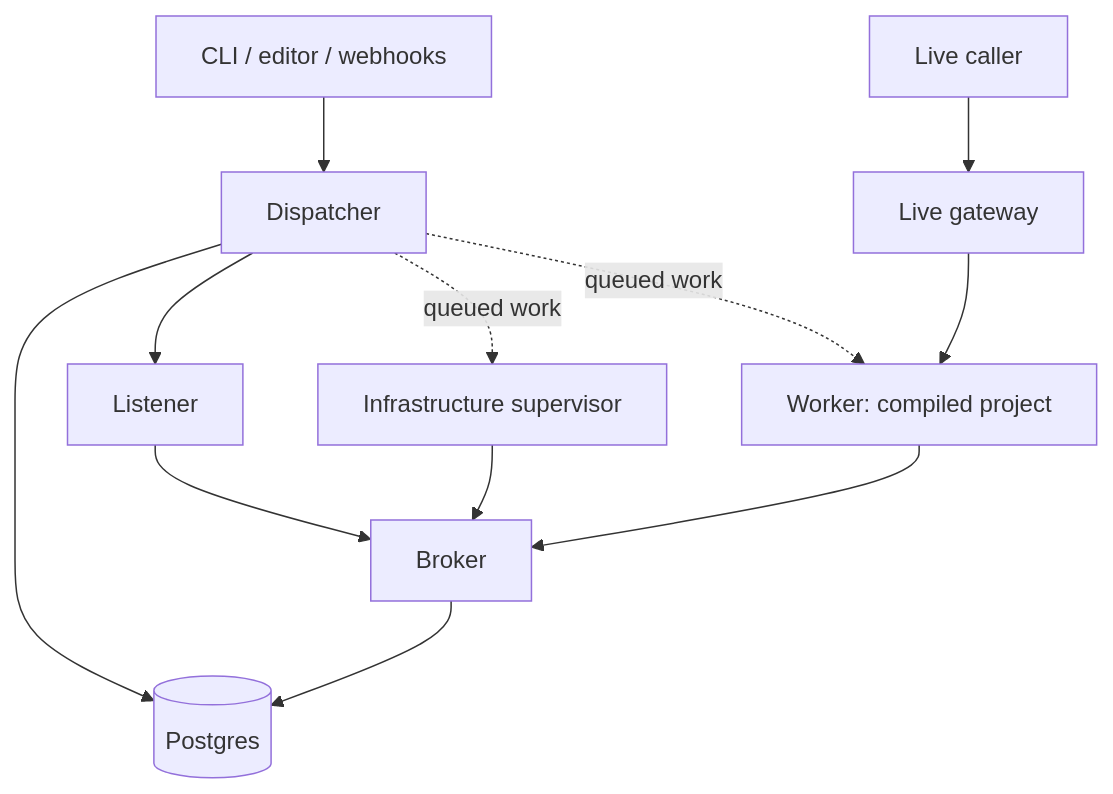
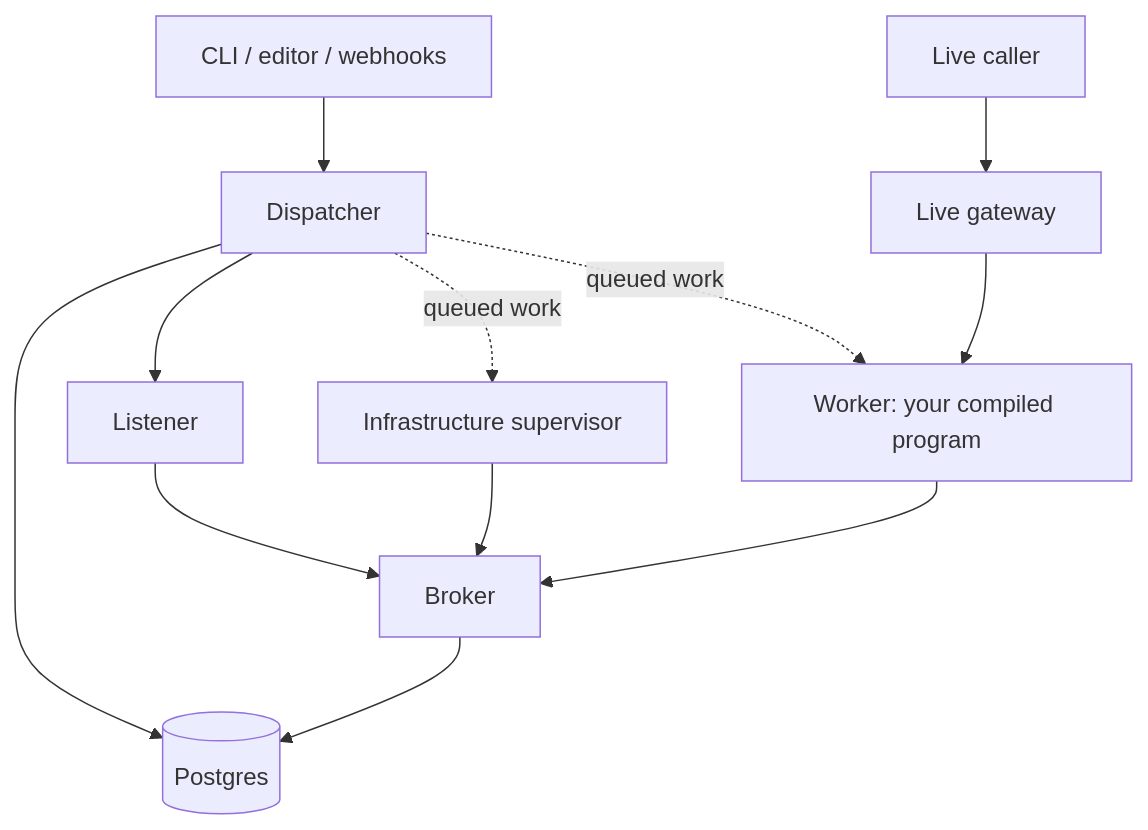
The diagram in docs/src/running/architecture.md (WeaveMindAI/weft), drawn with Mermaid before and after one commit. The commit also changed other lines of this file and 112 other files, not shown here.

````diff
--- a/docs/src/running/architecture.md
+++ b/docs/src/running/architecture.md
@@ -9,13 +15,13 @@
 ```mermaid
 flowchart TD
     UI["CLI / editor / webhooks"] --> D["Dispatcher"]
     D --> L["Listener"]
     D -.->|"queued work"| S["Infrastructure supervisor"]
-    D -.->|"queued work"| W["Worker: compiled project"]
+    D -.->|"queued work"| W["Worker: your compiled program"]
     C["Live caller"] --> G["Live gateway"] --> W
+    D --> PG[("Postgres")]
     L --> B["Broker"]
     S --> B
     W --> B
-    D --> PG[("Postgres")]
     B --> PG
 ```
````
